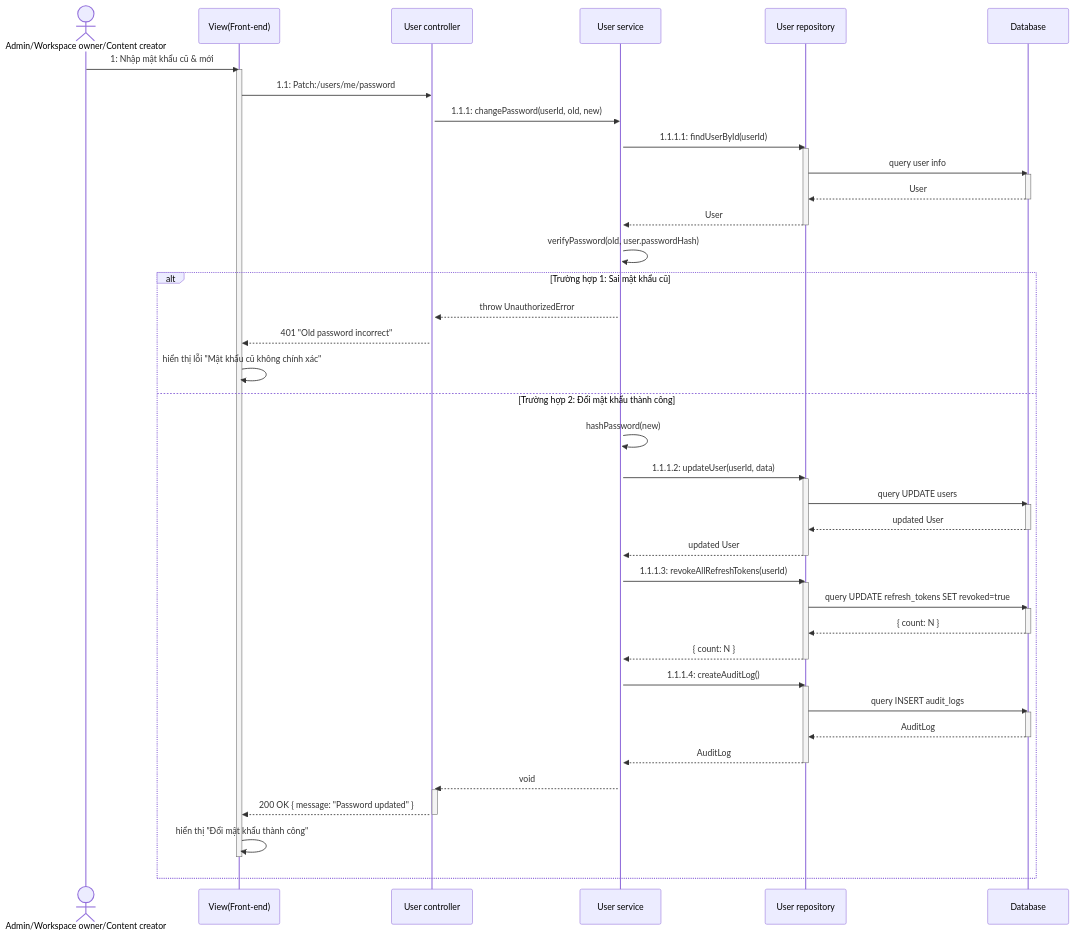
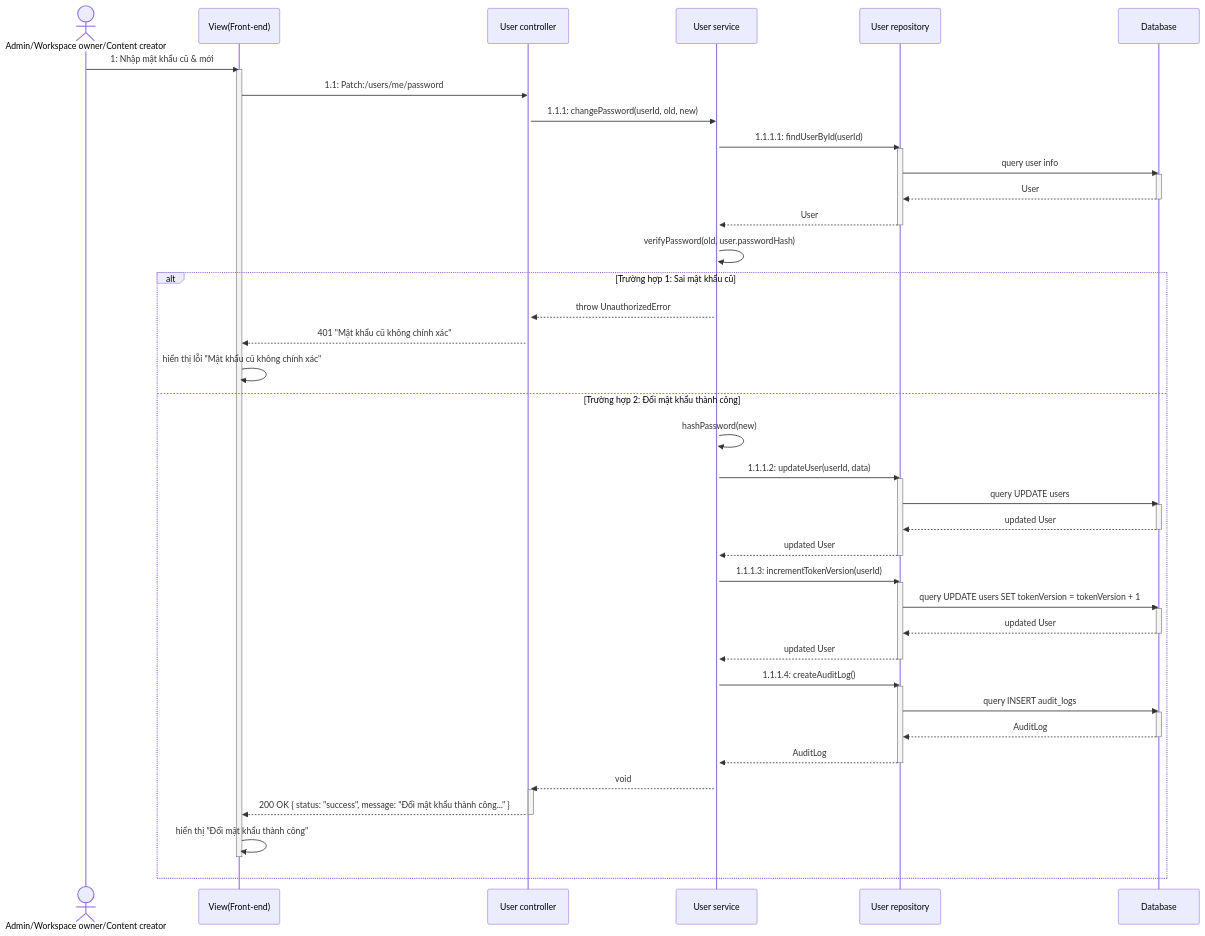
The fifth of 44 diagrams in docs/function_layer_mapping.md (Pham-Hong-Ky/marka-capstone), drawn with Mermaid before and after one commit. The commit also changed other lines of this file and 47 other files, not shown here.

First line of the commit message:
docs: refresh architecture, API and database specs with UML diagrams

````diff
--- a/docs/function_layer_mapping.md
+++ b/docs/function_layer_mapping.md
@@ -304,66 +232,66 @@
 ```mermaid
 sequenceDiagram
     actor User as Admin/Workspace owner/Content creator
     participant View as View(Front-end)
     participant Controller as User controller
     participant Service as User service
     participant Repository as User repository
     participant DB as Database
 
     User->>View: 1: Nhập mật khẩu cũ & mới
     activate View
     View->>Controller: 1.1: Patch:/users/me/password
     activate Controller
     Controller->>Service: 1.1.1: changePassword(userId, old, new)
     activate Service
     Service->>Repository: 1.1.1.1: findUserById(userId)
     activate Repository
     Repository->>DB: query user info
     activate DB
     DB-->>Repository: User
     deactivate DB
     Repository-->>Service: User
     deactivate Repository
     Service->>Service: verifyPassword(old, user.passwordHash)
 
     alt Trường hợp 1: Sai mật khẩu cũ
         Service-->>Controller: throw UnauthorizedError
-        Controller-->>View: 401 "Old password incorrect"
+        Controller-->>View: 401 "Mật khẩu cũ không chính xác"
         View->>View: hiển thị lỗi "Mật khẩu cũ không chính xác"
     else Trường hợp 2: Đổi mật khẩu thành công
         Service->>Service: hashPassword(new)
         Service->>Repository: 1.1.1.2: updateUser(userId, data)
         activate Repository
         Repository->>DB: query UPDATE users
         activate DB
         DB-->>Repository: updated User
         deactivate DB
         Repository-->>Service: updated User
         deactivate Repository
 
-        Service->>Repository: 1.1.1.3: revokeAllRefreshTokens(userId)
+        Service->>Repository: 1.1.1.3: incrementTokenVersion(userId)
         activate Repository
-        Repository->>DB: query UPDATE refresh_tokens SET revoked=true
+        Repository->>DB: query UPDATE users SET tokenVersion = tokenVersion + 1
         activate DB
-        DB-->>Repository: { count: N }
+        DB-->>Repository: updated User
         deactivate DB
-        Repository-->>Service: { count: N }
+        Repository-->>Service: updated User
         deactivate Repository
 
         Service->>Repository: 1.1.1.4: createAuditLog()
         activate Repository
         Repository->>DB: query INSERT audit_logs
         activate DB
         DB-->>Repository: AuditLog
         deactivate DB
         Repository-->>Service: AuditLog
         deactivate Repository
 
         Service-->>Controller: void
         activate Controller
-        Controller-->>View: 200 OK { message: "Password updated" }
+        Controller-->>View: 200 OK { status: "success", message: "Đổi mật khẩu thành công..." }
         deactivate Controller
         View->>View: hiển thị "Đổi mật khẩu thành công"
         deactivate View
     end
 ```
````
